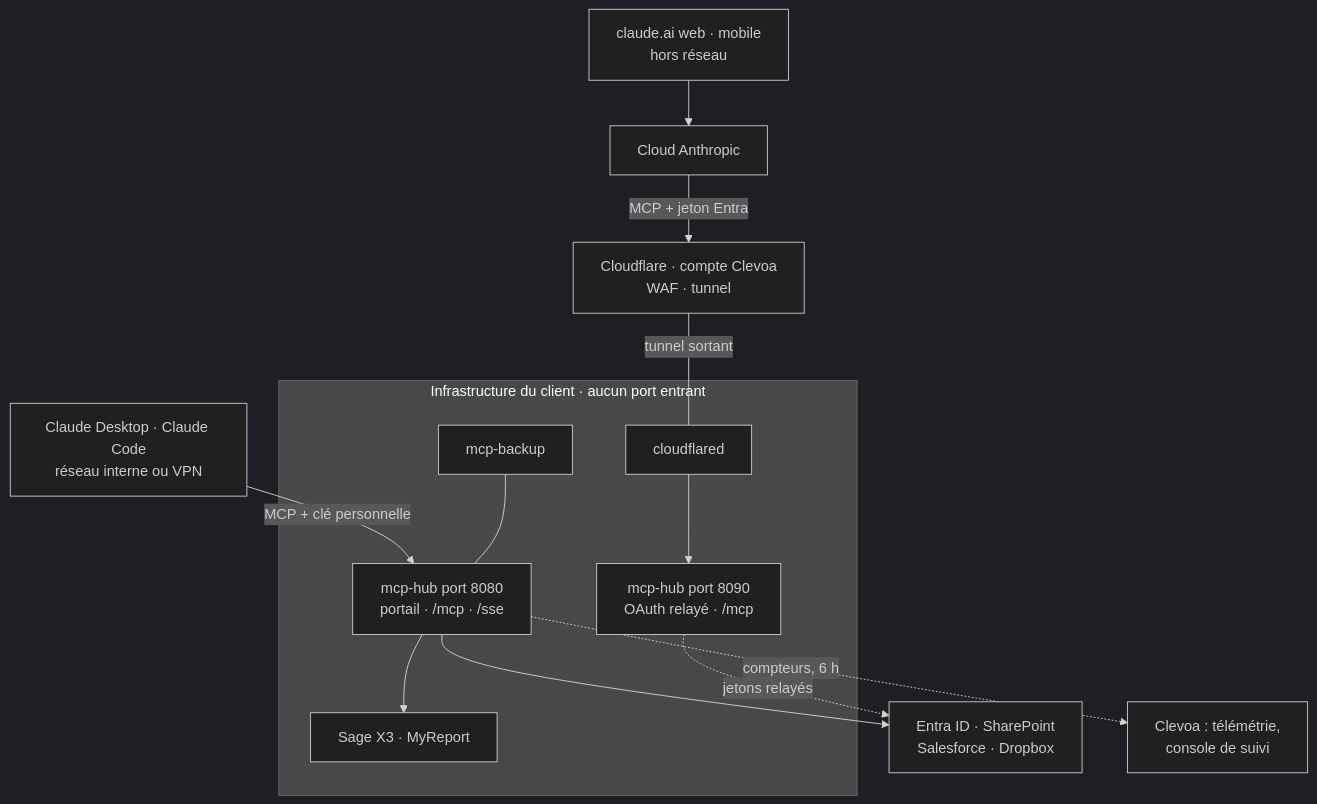
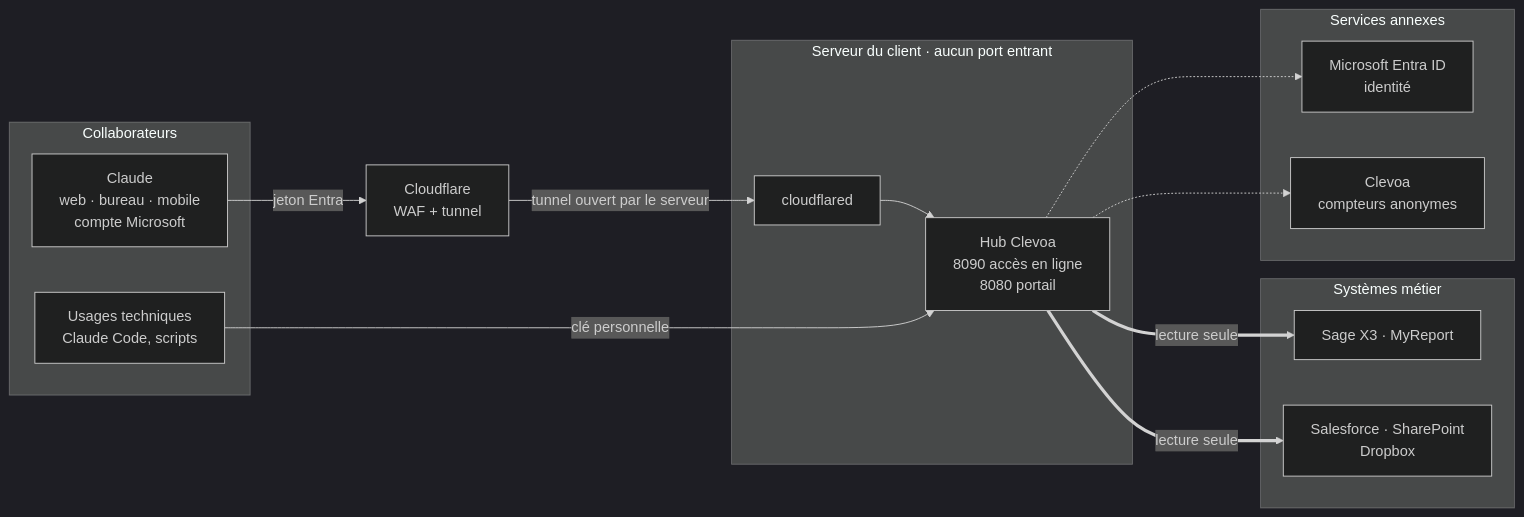
Before and after one commit to sirkazey/Clevoa-IA-gateway: the diagram in docs/developer/architecture.md, drawn with Mermaid (dark theme). The commit also changed other lines of this file, not shown here.

Commit message:
Architecture : schéma redessiné, un seul parcours pour toutes les applications Claude (#70)
* Architecture : schéma redessiné, lisible de gauche à droite

Collaborateurs → Cloudflare → serveur du client → systèmes, sans flèches croisées ; les deux entrées (8090 en ligne,
8080 interne) mènent au même hub et aux mêmes systèmes, ce que l'ancien schéma ne montrait pas.

Claude-Session: https://claude.ai/code/session_015c52nDZLyGDrQucef8cRgA

* Architecture : un seul parcours pour toutes les applications Claude, la clé réservée aux usages techniques

Claude-Session: https://claude.ai/code/session_015c52nDZLyGDrQucef8cRgA

* Architecture : flèche du tunnel dans le bon sens (connexion sortante depuis le serveur)

Claude-Session: https://claude.ai/code/session_015c52nDZLyGDrQucef8cRgA

* Architecture : flèche du tunnel dans le sens de la requête, libellé « tunnel ouvert par le serveur »

Claude-Session: https://claude.ai/code/session_015c52nDZLyGDrQucef8cRgA

---------

````diff
--- a/docs/developer/architecture.md
+++ b/docs/developer/architecture.md
@@ -11,24 +11,29 @@
 ```mermaid
-flowchart TB
-    D["Claude Desktop · Claude Code<br/>réseau interne ou VPN"]
-    M["claude.ai web · mobile<br/>hors réseau"]
-    C["Cloud Anthropic"]
-    T["Cloudflare · compte Clevoa<br/>WAF · tunnel"]
-    subgraph CH["Infrastructure du client · aucun port entrant"]
+flowchart LR
+    subgraph U["Collaborateurs"]
+        W["Claude<br/>web · bureau · mobile<br/>compte Microsoft"]
+        D["Usages techniques<br/>Claude Code, scripts"]
+    end
+    T["Cloudflare<br/>WAF + tunnel"]
+    subgraph CL["Serveur du client · aucun port entrant"]
         CD["cloudflared"]
-        P["mcp-hub port 8080<br/>portail · /mcp · /sse"]
-        O["mcp-hub port 8090<br/>OAuth relayé · /mcp"]
-        B["mcp-backup"]
+        H["Hub Clevoa<br/>8090 accès en ligne<br/>8080 portail"]
+    end
+    subgraph S["Systèmes métier"]
         X3["Sage X3 · MyReport"]
+        SA["Salesforce · SharePoint<br/>Dropbox"]
     end
-    SAAS["Entra ID · SharePoint<br/>Salesforce · Dropbox"]
-    CL["Clevoa : télémétrie,<br/>console de suivi"]
-    D -->|"MCP + clé personnelle"| P
-    M --> C -->|"MCP + jeton Entra"| T
-    T ---|"tunnel sortant"| CD --> O
-    B --- P
-    P --> X3
-    P --> SAAS
-    O -.->|"jetons relayés"| SAAS
-    P -.->|"compteurs, 6 h"| CL
+    subgraph EXT["Services annexes"]
+        E["Microsoft Entra ID<br/>identité"]
+        CV["Clevoa<br/>compteurs anonymes"]
+    end
+
+    W -->|"jeton Entra"| T
+    T -->|"tunnel ouvert par le serveur"| CD
+    CD --> H
+    D -->|"clé personnelle"| H
+    H ==>|"lecture seule"| X3
+    H ==>|"lecture seule"| SA
+    H -.-> E
+    H -.-> CV
 ```
````
